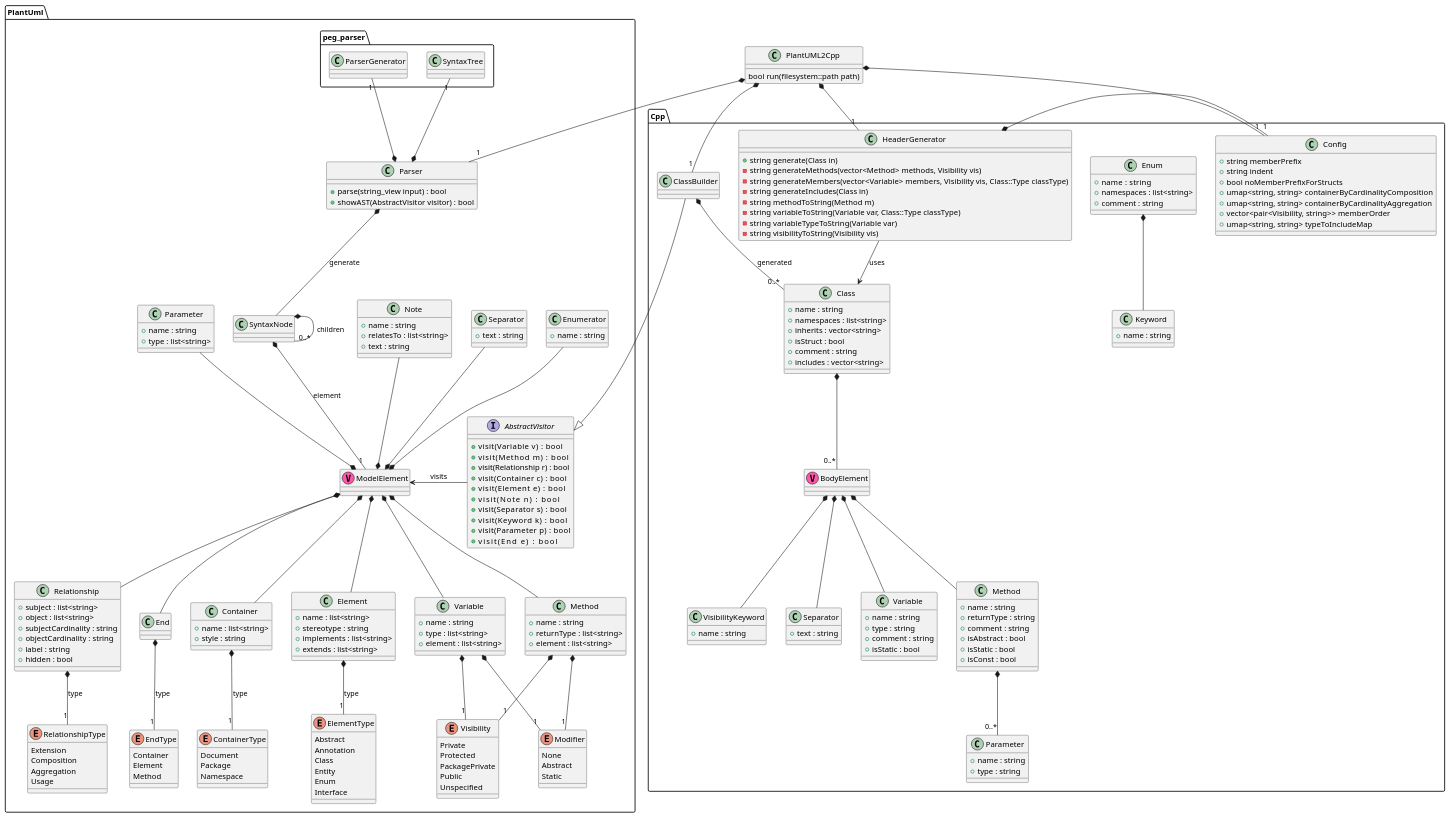
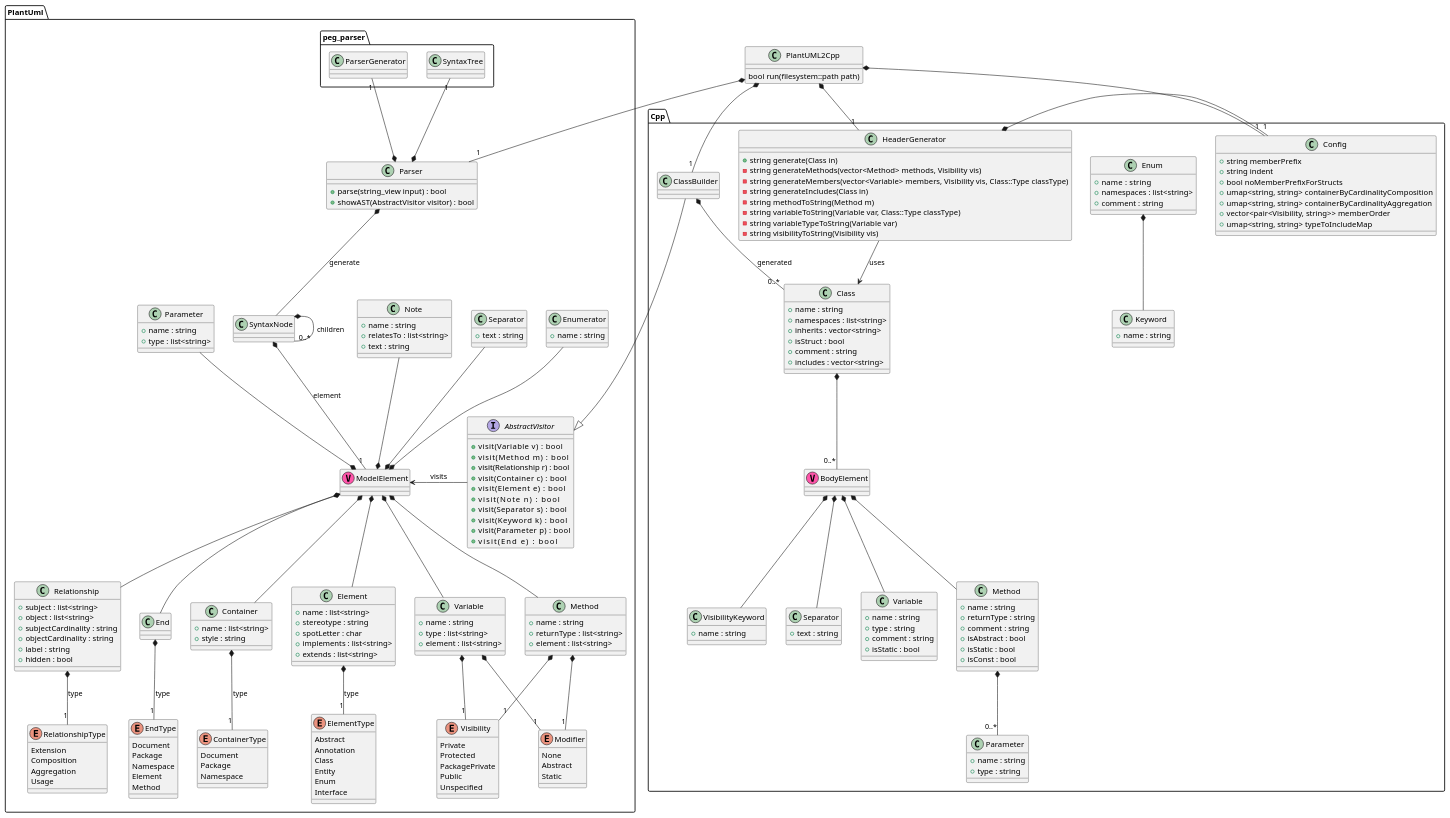
The diagram in models/PlantUML2Cpp.puml (jteuber/PlantUML2Cpp), drawn with PlantUML before and after one commit. The commit also changed 4 other files, not shown here.

```diff
--- a/models/PlantUML2Cpp.puml
+++ b/models/PlantUML2Cpp.puml
@@ -48,6 +48,7 @@
     class Element {
         +name : list<string>
         +stereotype : string
+        +spotLetter : char
         +implements : list<string>
         +extends : list<string>
     }
@@ -114,7 +115,9 @@
     class End
     enum EndType
     {
-        Container
+        Document
+        Package
+        Namespace
         Element
         Method
     }
```
